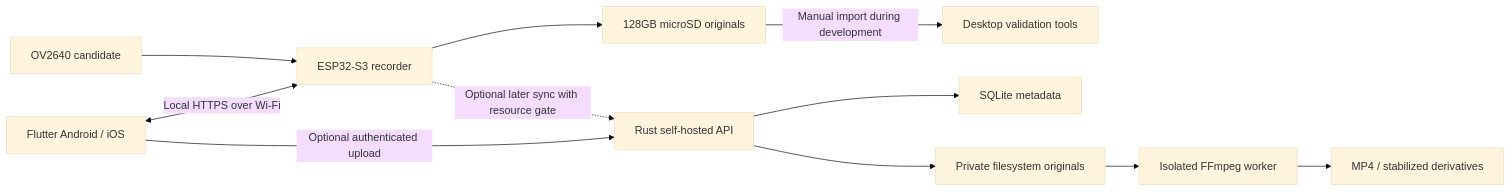
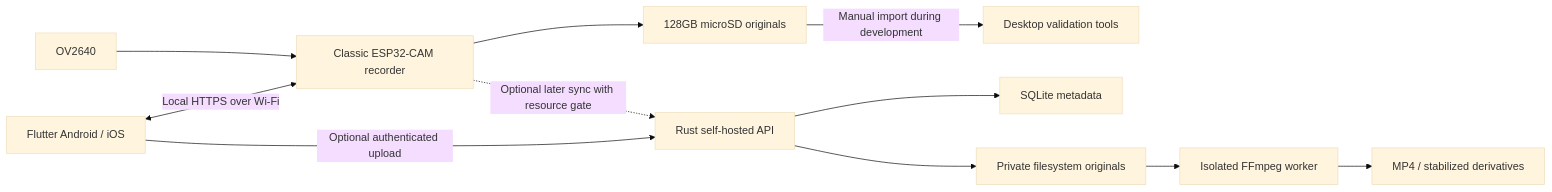
The diagram in docs/architecture.md (Zensor-lab/vdog), drawn with Mermaid (base theme) before and after one commit. The commit also changed other lines of this file and 14 other files, not shown here.

````diff
--- a/docs/architecture.md
+++ b/docs/architecture.md
@@ -6,13 +8,13 @@
 ```mermaid
 flowchart LR
-  Camera[OV2640 candidate] --> Recorder[ESP32-S3 recorder]
+  Camera[OV2640] --> Recorder[Classic ESP32-CAM recorder]
   Recorder --> SD[128GB microSD originals]
   Phone[Flutter Android / iOS] <-->|Local HTTPS over Wi-Fi| Recorder
   SD -->|Manual import during development| Tools[Desktop validation tools]
   Phone -->|Optional authenticated upload| API[Rust self-hosted API]
   Recorder -.->|Optional later sync with resource gate| API
   API --> DB[SQLite metadata]
   API --> Store[Private filesystem originals]
   Store --> Worker[Isolated FFmpeg worker]
   Worker --> Exports[MP4 / stabilized derivatives]
 ```
````
